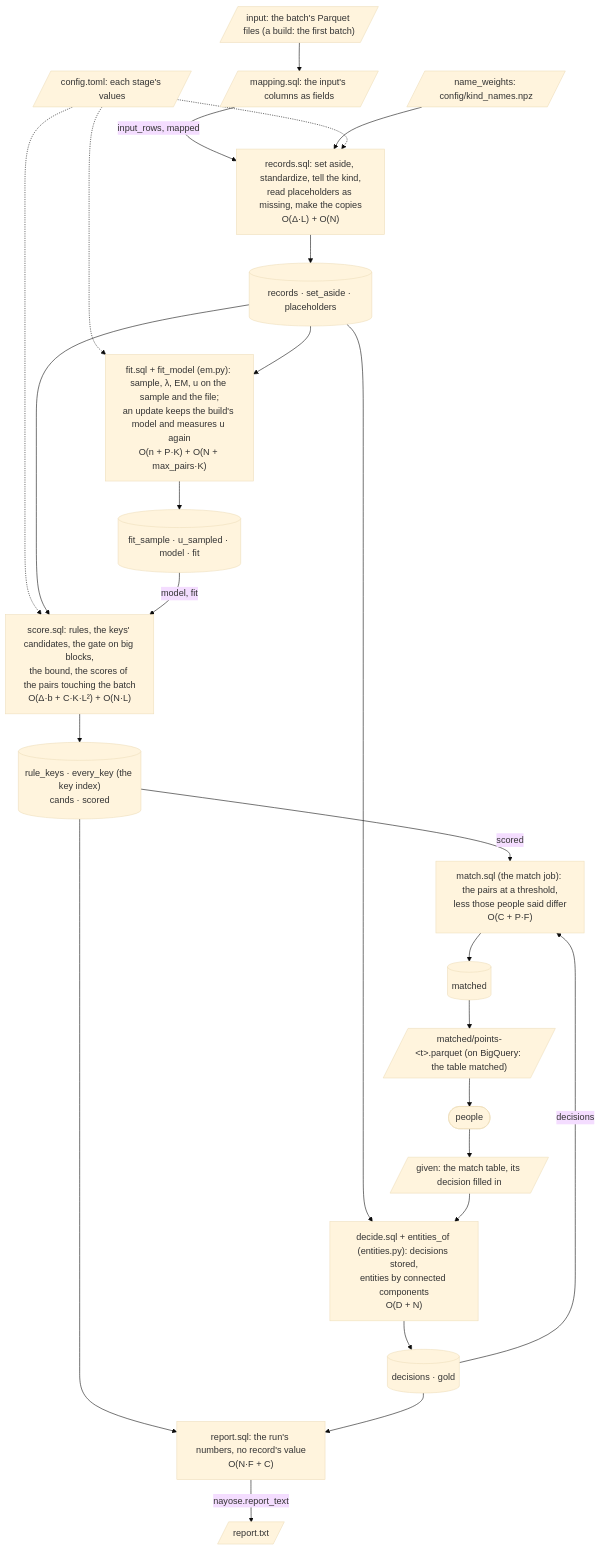
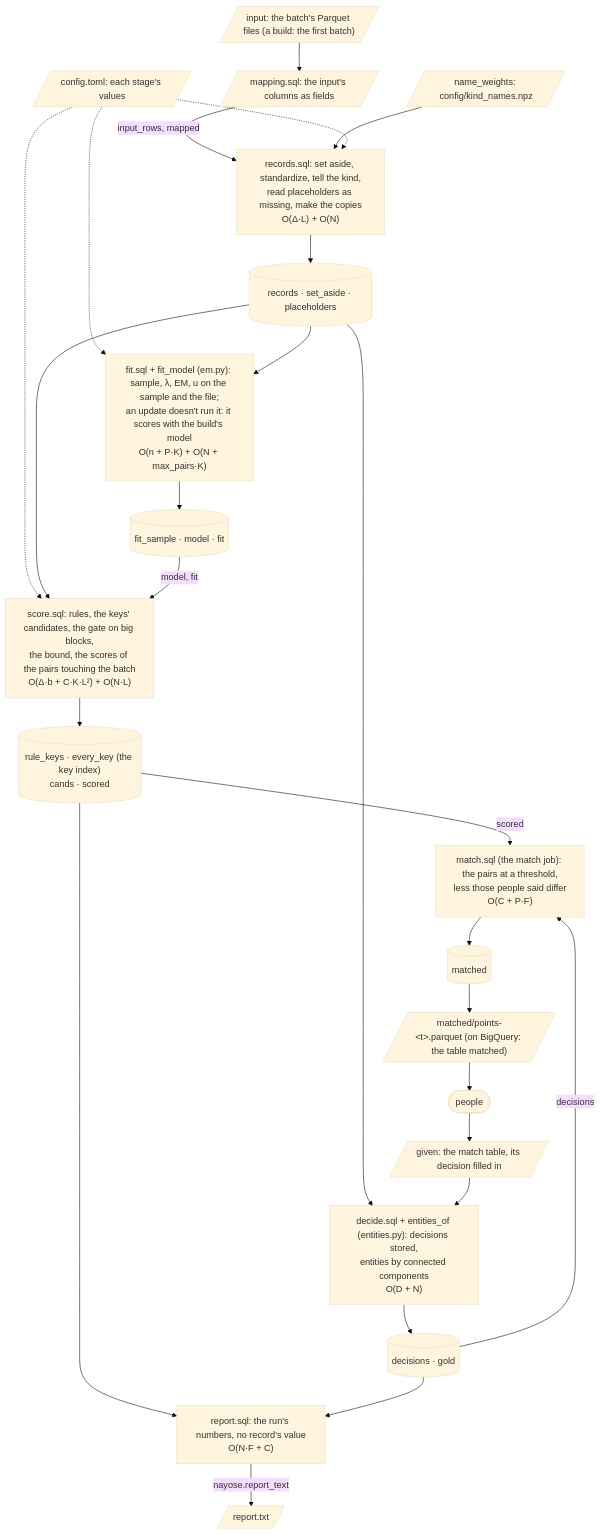
The third of 3 diagrams in docs/architecture.md (mvsbm/entity_matching), drawn with Mermaid (base theme) before and after one commit. The commit also changed other lines of this file and 14 other files, not shown here.

````diff
--- a/docs/architecture.md
+++ b/docs/architecture.md
@@ -110,46 +110,46 @@
 ```mermaid
 flowchart TB
   input[/"input: the batch's Parquet files (a build: the first batch)"/]
   mapping[/"mapping.sql: the input's columns as fields"/]
   values[/"config.toml: each stage's values"/]
   names[/"name_weights: config/kind_names.npz"/]
   records["records.sql: set aside, standardize, tell the kind,<br/>read placeholders as missing, make the copies<br/>O(Δ·L) + O(N)"]
-  fit["fit.sql + fit_model (em.py): sample, λ, EM, u on the sample and the file;<br/>an update keeps the build's model and measures u again<br/>O(n + P·K) + O(N + max_pairs·K)"]
+  fit["fit.sql + fit_model (em.py): sample, λ, EM, u on the sample and the file;<br/>an update doesn't run it: it scores with the build's model<br/>O(n + P·K) + O(N + max_pairs·K)"]
   score["score.sql: rules, the keys' candidates, the gate on big blocks,<br/>the bound, the scores of the pairs touching the batch<br/>O(Δ·b + C·K·L²) + O(N·L)"]
   decide["decide.sql + entities_of (entities.py): decisions stored,<br/>entities by connected components<br/>O(D + N)"]
   report["report.sql: the run's numbers, no record's value<br/>O(N·F + C)"]
   match["match.sql (the match job): the pairs at a threshold,<br/>less those people said differ<br/>O(C + P·F)"]
   t_records[("records · set_aside · placeholders")]
-  t_fit[("fit_sample · u_sampled · model · fit")]
+  t_fit[("fit_sample · model · fit")]
   t_score[("rule_keys · every_key (the key index)<br/>cands · scored")]
   t_decide[("decisions · gold")]
   t_matched[("matched")]
   f_report[/"report.txt"/]
   f_matched[/"matched/points-#lt;t#gt;.parquet (on BigQuery: the table matched)"/]
   people(["people"])
   given[/"given: the match table, its decision filled in"/]
   input --> mapping
   mapping -->|"input_rows, mapped"| records
   names --> records
   values -.-> records
   values -.-> fit
   values -.-> score
   records --> t_records
   t_records --> fit
   fit --> t_fit
   t_records --> score
   t_fit -->|"model, fit"| score
   score --> t_score
   t_score --> report
   t_records --> decide
   decide --> t_decide
   t_decide --> report
   report -->|"nayose.report_text"| f_report
   t_score -->|"scored"| match
   t_decide -->|"decisions"| match
   match --> t_matched
   t_matched --> f_matched
   f_matched --> people
   people --> given
   given --> decide
 ```
````
